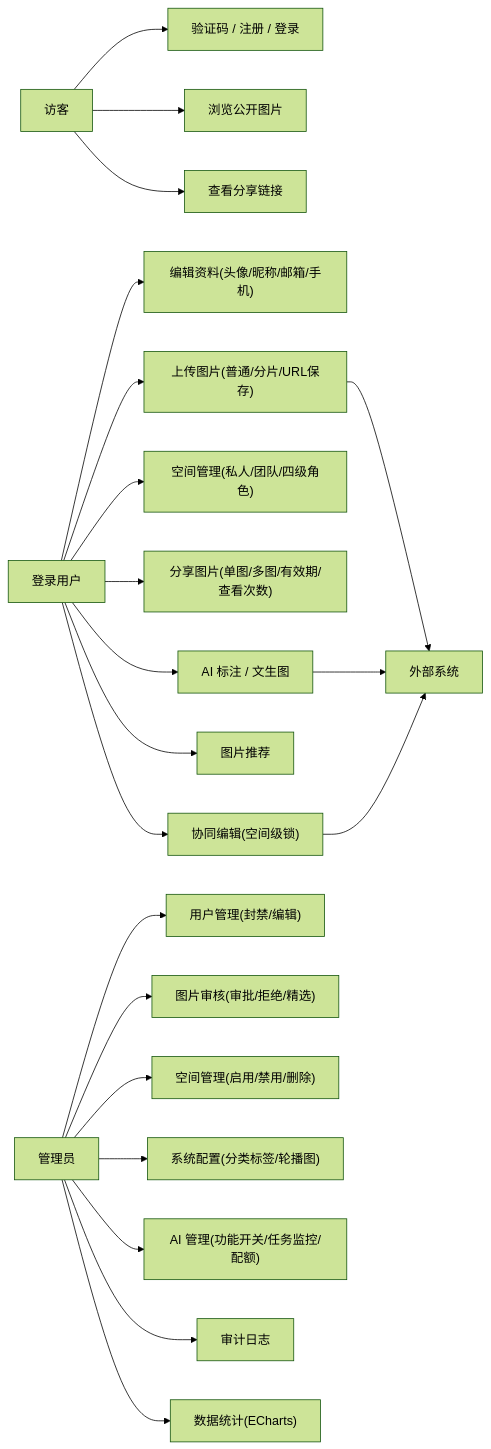
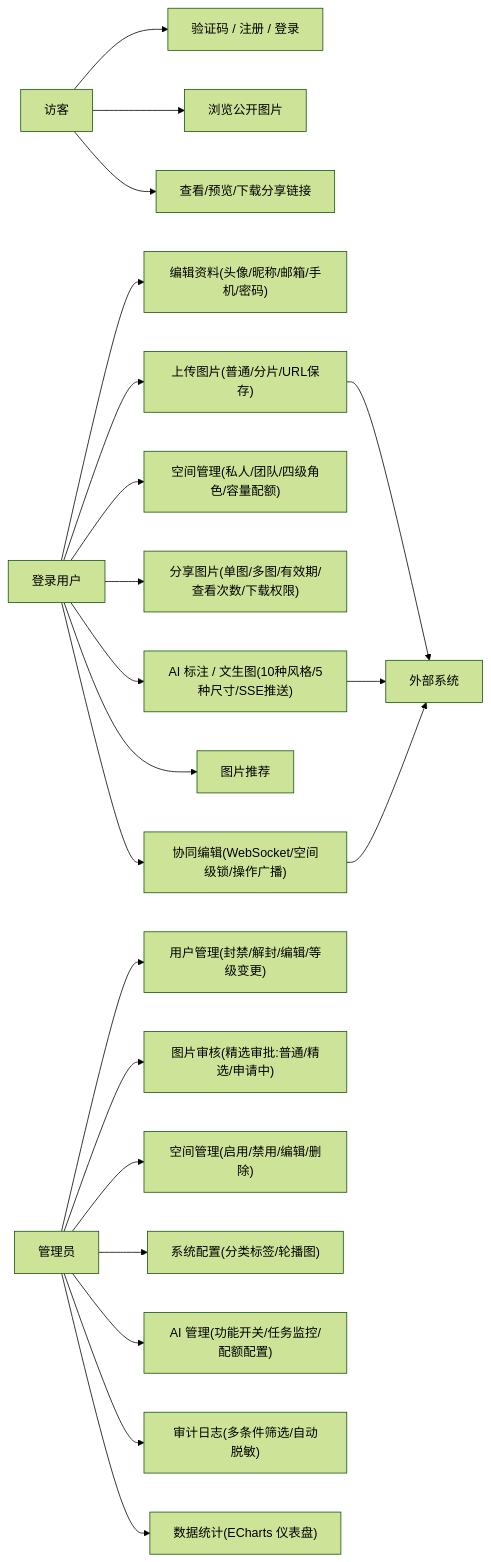
Before and after one commit to FishDuM/AI.Image.Material.Collaboration.Platform: the first of 8 diagrams in model/uml_diagrams.md, drawn with Mermaid (forest theme). The commit also changed other lines of this file and 3 other files, not shown here.

````diff
--- a/model/uml_diagrams.md
+++ b/model/uml_diagrams.md
@@ -29,31 +30,31 @@
 ```mermaid
 flowchart LR
     Guest["访客"]
     User["登录用户"]
     Admin["管理员"]
     Ext["外部系统"]
 
     Guest --> UC1["验证码 / 注册 / 登录"]
     Guest --> UC2["浏览公开图片"]
-    Guest --> UC3["查看分享链接"]
+    Guest --> UC3["查看/预览/下载分享链接"]
 
-    User --> UC4["编辑资料(头像/昵称/邮箱/手机)"]
+    User --> UC4["编辑资料(头像/昵称/邮箱/手机/密码)"]
     User --> UC5["上传图片(普通/分片/URL保存)"]
-    User --> UC6["空间管理(私人/团队/四级角色)"]
-    User --> UC7["分享图片(单图/多图/有效期/查看次数)"]
-    User --> UC8["AI 标注 / 文生图"]
+    User --> UC6["空间管理(私人/团队/四级角色/容量配额)"]
+    User --> UC7["分享图片(单图/多图/有效期/查看次数/下载权限)"]
+    User --> UC8["AI 标注 / 文生图(10种风格/5种尺寸/SSE推送)"]
     User --> UC9["图片推荐"]
-    User --> UC10["协同编辑(空间级锁)"]
+    User --> UC10["协同编辑(WebSocket/空间级锁/操作广播)"]
 
-    Admin --> UC11["用户管理(封禁/编辑)"]
-    Admin --> UC12["图片审核(审批/拒绝/精选)"]
-    Admin --> UC13["空间管理(启用/禁用/删除)"]
+    Admin --> UC11["用户管理(封禁/解封/编辑/等级变更)"]
+    Admin --> UC12["图片审核(精选审批:普通/精选/申请中)"]
+    Admin --> UC13["空间管理(启用/禁用/编辑/删除)"]
     Admin --> UC14["系统配置(分类标签/轮播图)"]
-    Admin --> UC15["AI 管理(功能开关/任务监控/配额)"]
-    Admin --> UC16["审计日志"]
-    Admin --> UC17["数据统计(ECharts)"]
+    Admin --> UC15["AI 管理(功能开关/任务监控/配额配置)"]
+    Admin --> UC16["审计日志(多条件筛选/自动脱敏)"]
+    Admin --> UC17["数据统计(ECharts 仪表盘)"]
 
     UC5 --> Ext
     UC8 --> Ext
     UC10 --> Ext
 ```
````
